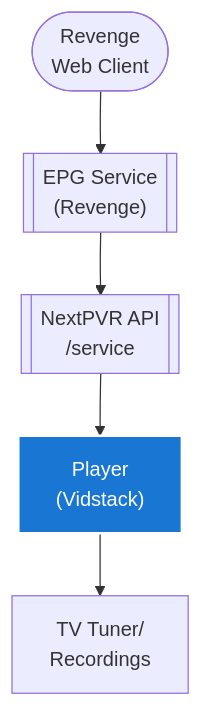
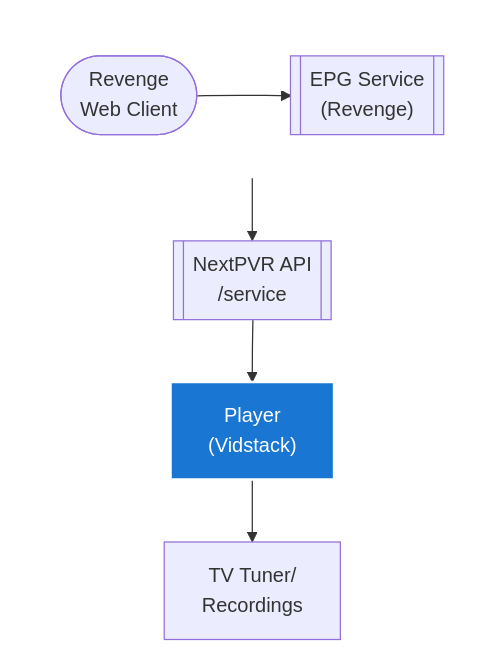
Before and after one commit to lusoris/revenge: the diagram in docs/dev/design/integrations/livetv/NEXTPVR.md, drawn with Mermaid. The commit also changed 210 other files, not shown here.

First line of the commit message:
feat(docs): Add horizontal layout support for Mermaid diagrams

````diff
--- a/docs/dev/design/integrations/livetv/NEXTPVR.md
+++ b/docs/dev/design/integrations/livetv/NEXTPVR.md
@@ -58,15 +58,21 @@
 ```mermaid
 flowchart TD
-    node1(["Revenge<br/>Web Client"])
-    node2[["EPG Service<br/>(Revenge)"]]
+    subgraph row1[ ]
+        direction LR
+        node1(["Revenge<br/>Web Client"])
+        node2[["EPG Service<br/>(Revenge)"]]
+    end
     node3[["NextPVR API<br/>/service"]]
     node4["Player<br/>(Vidstack)"]
     node5["TV Tuner/<br/>Recordings"]
     node1 --> node2
     node2 --> node3
     node3 --> node4
     node4 --> node5
 
     %% Layer styling
     style node4 fill:#1976D2,stroke:#fff,stroke-width:2px,color:#fff
+
+    %% Hide row subgraph borders
+    style row1 fill:transparent,stroke:transparent
 ```
````
